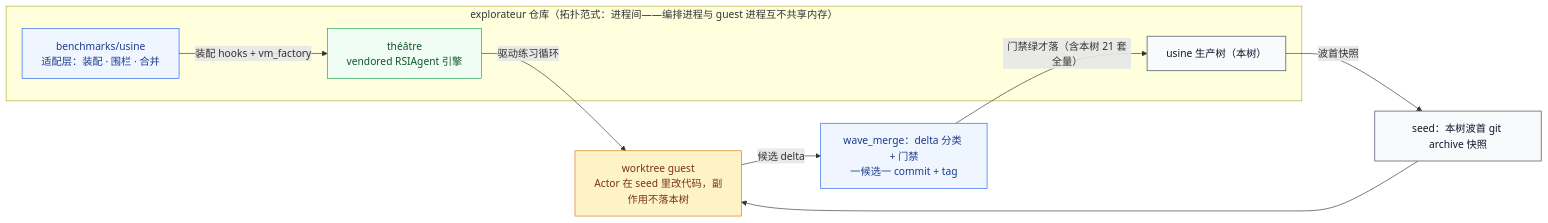
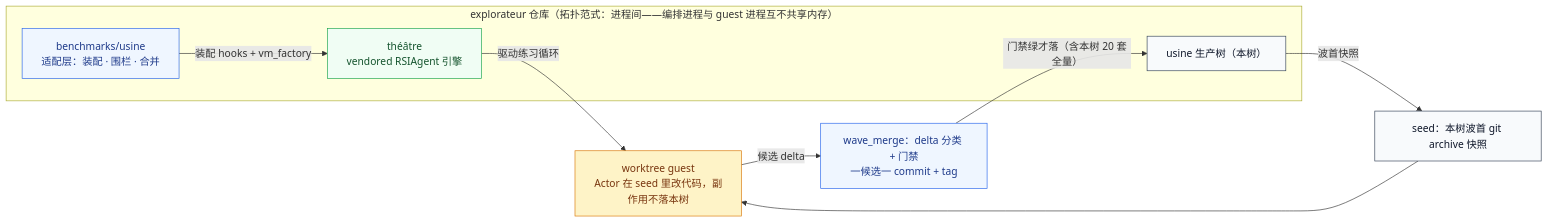
Before and after one commit to feuyeux/explorateur: the sixth of 6 diagrams in usine/docs/architecture.md, drawn with Mermaid. The commit also changed other lines of this file and 26 other files, not shown here.

````diff
--- a/usine/docs/architecture.md
+++ b/usine/docs/architecture.md
@@ -388,28 +387,28 @@
 ```mermaid
 flowchart LR
     subgraph EX["explorateur 仓库（拓扑范式：进程间——编排进程与 guest 进程互不共享内存）"]
         TH["théâtre<br/>vendored RSIAgent 引擎"]
         BM["benchmarks/usine<br/>适配层：装配 · 围栏 · 合并"]
         US["usine 生产树（本树）"]
     end
 
     SEED["seed：本树波首 git archive 快照"]
     GUEST["worktree guest<br/>Actor 在 seed 里改代码，副作用不落本树"]
     WM["wave_merge：delta 分类 + 门禁<br/>一候选一 commit + tag"]
 
     BM -->|"装配 hooks + vm_factory"| TH
     US -->|"波首快照"| SEED
     SEED --> GUEST
     TH -->|"驱动练习循环"| GUEST
     GUEST -->|"候选 delta"| WM
-    WM -->|"门禁绿才落（含本树 21 套全量）"| US
+    WM -->|"门禁绿才落（含本树 20 套全量）"| US
 
     classDef host fill:#f0fdf4,stroke:#16a34a,color:#14532d
     classDef ctrl fill:#eff6ff,stroke:#2563eb,color:#1e3a8a
     classDef sandbox fill:#fef3c7,stroke:#d97706,color:#78350f
     classDef neutral fill:#f8fafc,stroke:#334155,color:#0f172a
     class TH host
     class BM,WM ctrl
     class US,SEED neutral
     class GUEST sandbox
 ```
````
